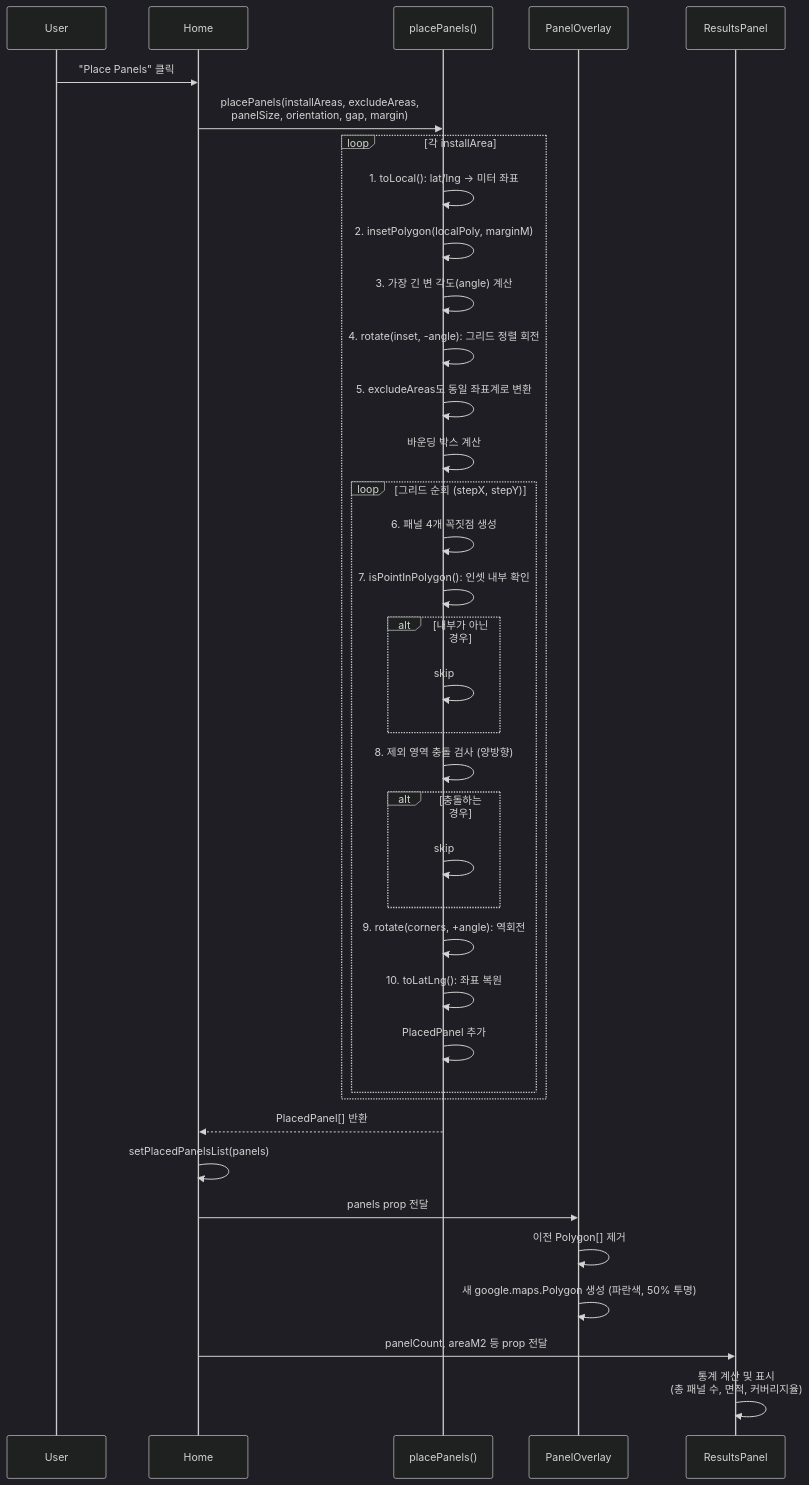
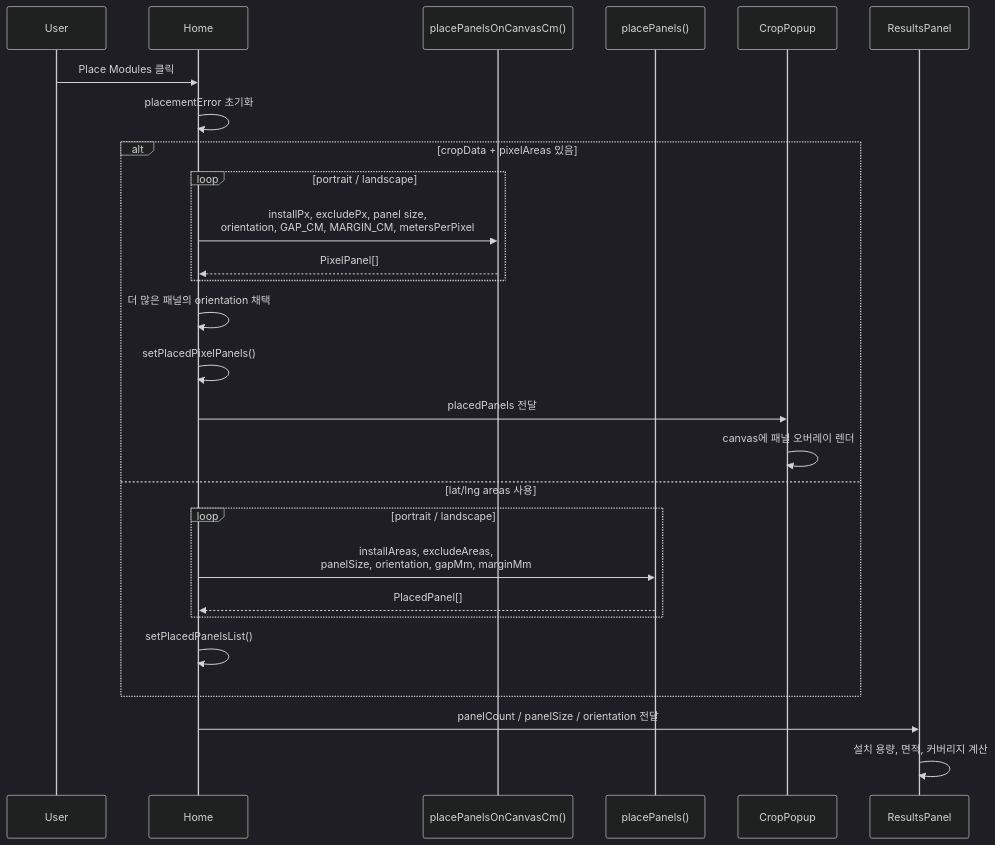
The sixth of 7 diagrams in docs/sequence-diagrams.md (nalpari/solar-pv-system), drawn with Mermaid (dark theme) before and after one commit. The commit also changed other lines of this file and 7 other files, not shown here.

````diff
--- a/docs/sequence-diagrams.md
+++ b/docs/sequence-diagrams.md
@@ -117,43 +128,32 @@
 ```mermaid
 sequenceDiagram
     participant U as User
     participant H as Home
-    participant PP as placePanels()
-    participant PO as PanelOverlay
+    participant PC as placePanelsOnCanvasCm()
+    participant PL as placePanels()
+    participant CP as CropPopup
     participant RP as ResultsPanel
 
-    U->>H: "Place Panels" 클릭
-    H->>PP: placePanels(installAreas, excludeAreas,<br/>panelSize, orientation, gap, margin)
+    U->>H: Place Modules 클릭
+    H->>H: placementError 초기화
 
-    loop 각 installArea
-        PP->>PP: 1. toLocal(): lat/lng → 미터 좌표
-        PP->>PP: 2. insetPolygon(localPoly, marginM)
-        PP->>PP: 3. 가장 긴 변 각도(angle) 계산
-        PP->>PP: 4. rotate(inset, -angle): 그리드 정렬 회전
-        PP->>PP: 5. excludeAreas도 동일 좌표계로 변환
-
-        PP->>PP: 바운딩 박스 계산
-        loop 그리드 순회 (stepX, stepY)
-            PP->>PP: 6. 패널 4개 꼭짓점 생성
-            PP->>PP: 7. isPointInPolygon(): 인셋 내부 확인
-            alt 내부가 아닌 경우
-                PP->>PP: skip
-            end
-            PP->>PP: 8. 제외 영역 충돌 검사 (양방향)
-            alt 충돌하는 경우
-                PP->>PP: skip
-            end
-            PP->>PP: 9. rotate(corners, +angle): 역회전
-            PP->>PP: 10. toLatLng(): 좌표 복원
-            PP->>PP: PlacedPanel 추가
+    alt cropData + pixelAreas 있음
+        loop portrait / landscape
+            H->>PC: installPx, excludePx, panel size,<br/>orientation, GAP_CM, MARGIN_CM, metersPerPixel
+            PC-->>H: PixelPanel[]
         end
+        H->>H: 더 많은 패널의 orientation 채택
+        H->>H: setPlacedPixelPanels()
+        H->>CP: placedPanels 전달
+        CP->>CP: canvas에 패널 오버레이 렌더
+    else lat/lng areas 사용
+        loop portrait / landscape
+            H->>PL: installAreas, excludeAreas,<br/>panelSize, orientation, gapMm, marginMm
+            PL-->>H: PlacedPanel[]
+        end
+        H->>H: setPlacedPanelsList()
     end
 
-    PP-->>H: PlacedPanel[] 반환
-    H->>H: setPlacedPanelsList(panels)
-    H->>PO: panels prop 전달
-    PO->>PO: 이전 Polygon[] 제거
-    PO->>PO: 새 google.maps.Polygon 생성 (파란색, 50% 투명)
-    H->>RP: panelCount, areaM2 등 prop 전달
-    RP->>RP: 통계 계산 및 표시<br/>(총 패널 수, 면적, 커버리지율)
+    H->>RP: panelCount / panelSize / orientation 전달
+    RP->>RP: 설치 용량, 면적, 커버리지 계산
 ```
````
